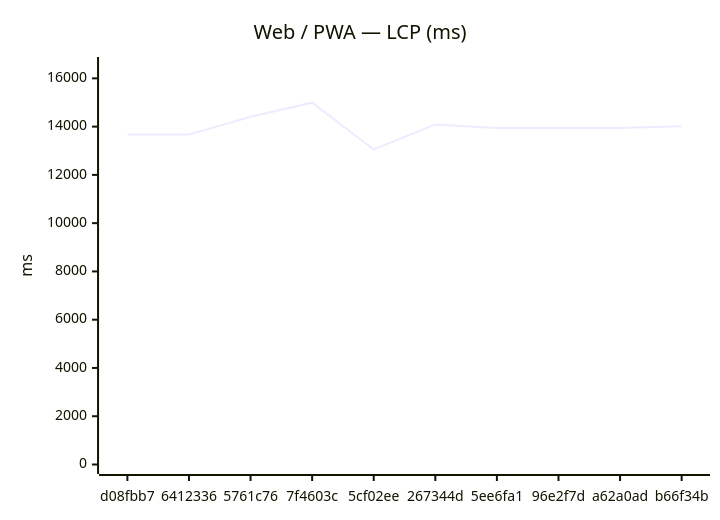
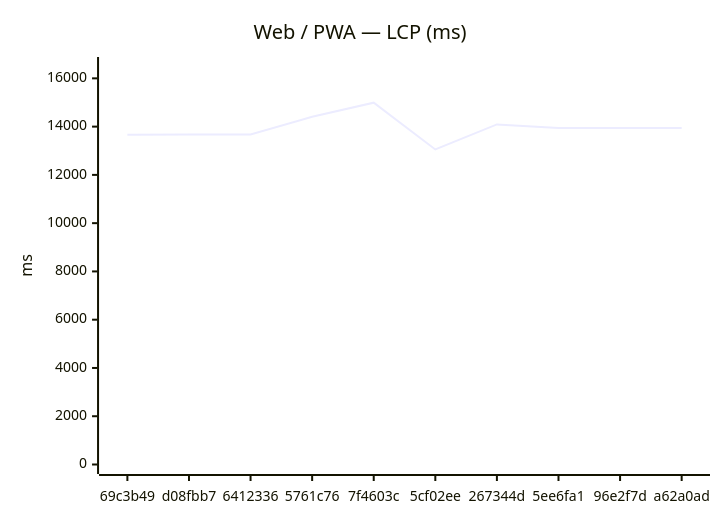
One commit to Metaheurist/Rianell changed the first of 18 diagrams in benchmarks/compare.md. Above: the diagram before and after it, drawn with Mermaid. The commit also changed other lines of this file and 11 other files, not shown here.

````diff
--- a/benchmarks/compare.md
+++ b/benchmarks/compare.md
@@ -24,7 +24,7 @@
 ```mermaid
 xychart-beta
     title "Web / PWA — LCP (ms)"
-    x-axis ["d08fbb7", "6412336", "5761c76", "7f4603c", "5cf02ee", "267344d", "5ee6fa1", "96e2f7d", "a62a0ad", "b66f34b"]
+    x-axis ["69c3b49", "d08fbb7", "6412336", "5761c76", "7f4603c", "5cf02ee", "267344d", "5ee6fa1", "96e2f7d", "a62a0ad"]
     y-axis "ms" 0 --> 16491
-    line [13678, 13670, 14406, 14991, 13053, 14092, 13942, 13945, 13945, 14014]
+    line [13664, 13678, 13670, 14406, 14991, 13053, 14092, 13942, 13945, 13945]
 ```
````
